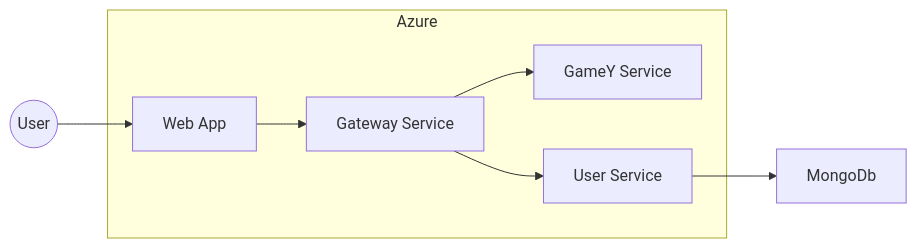
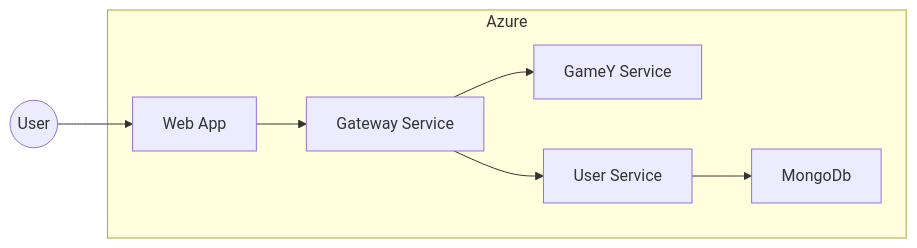
The diagram in docs/src/07_deployment_view.adoc (Arquisoft/yovi_es5c), drawn with Mermaid before and after one commit. The commit also changed other lines of this file and 1 other file, not shown here.

Commit message:
Pequeños cambios en documentación

```diff
--- a/docs/src/07_deployment_view.adoc
+++ b/docs/src/07_deployment_view.adoc
@@ -116,34 +116,36 @@
 [mermaid, "level2", png]
 ----
 ---
 config:
   layout: fixed
 ---
 graph LR
     User((User))
 
     subgraph Azure [Azure]
         App[Web App]
         Gateway[Gateway Service]
         
         GameY[GameY Service]
         UserS[User Service]
+
+        MongoDb[MongoDb]
     end
 
-    MongoDb[MongoDb]
+   
 
     %% Conexiones principales
     User --> App
     App --> Gateway
 
     %% Gateway a microservicios
     Gateway --> UserS
     Gateway --> GameY
 
     %% Conexiones a Bases de Datos
     UserS --> MongoDb
 
     %% Aplicar Clases
     class App,Gateway,UserS, greenFill
     class MongoDb,QDB dbFill
 ----
```
